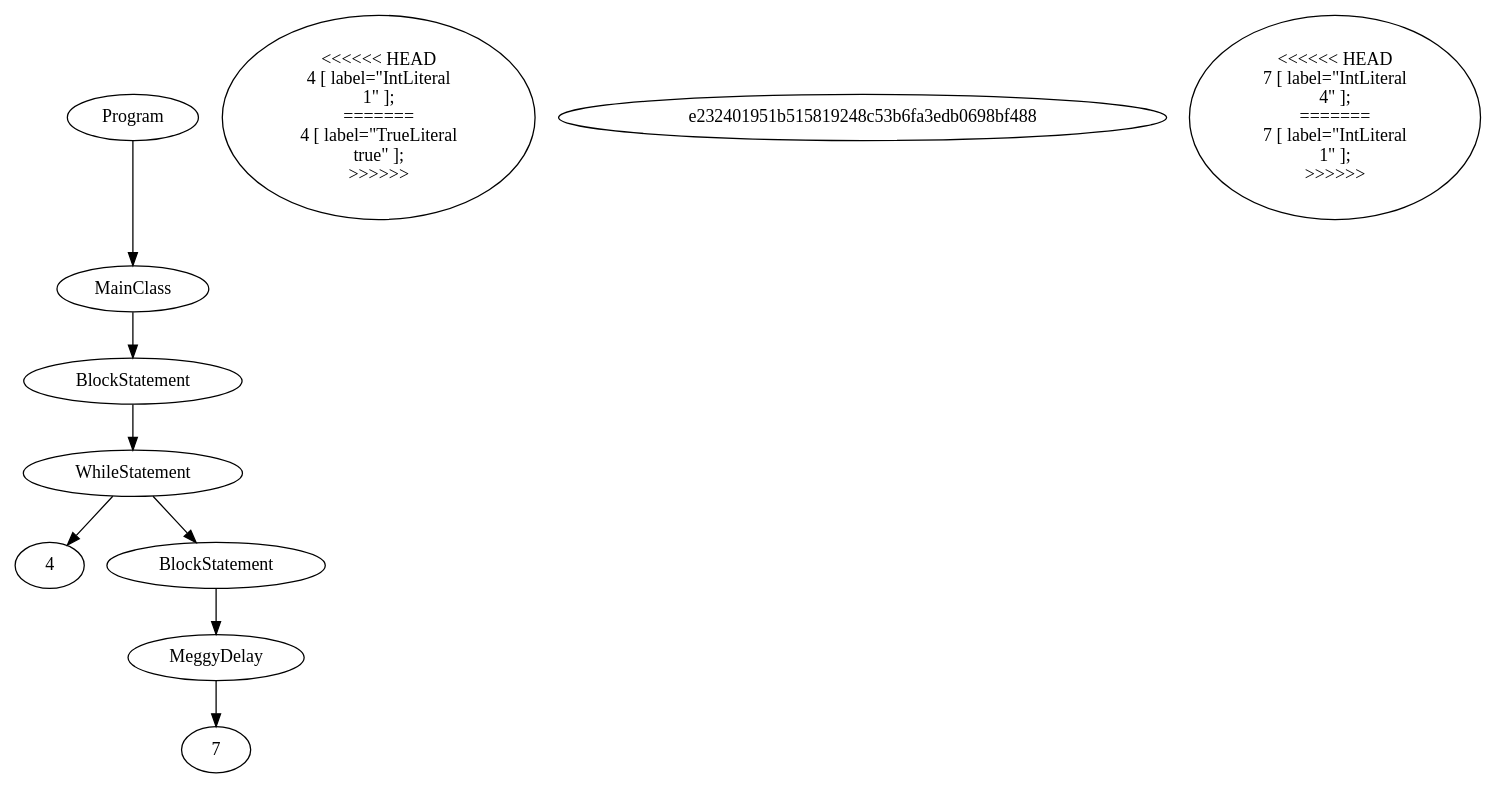
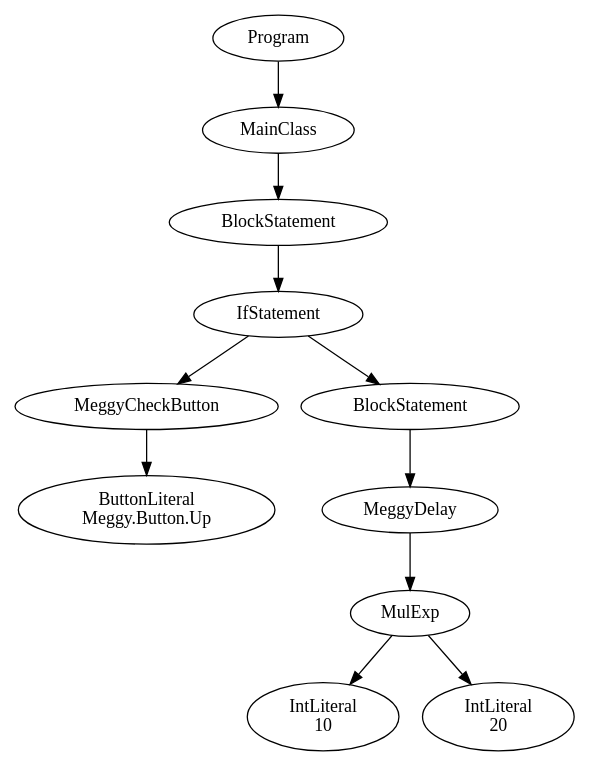
Before and after one commit to Ajith20/MeggyJava-compiler: the diagram in PA3/PA3Test1.java.ast.dot, drawn with Graphviz. The commit also changed 23 other files, not shown here.

```diff
--- a/PA3/PA3Test1.java.ast.dot
+++ b/PA3/PA3Test1.java.ast.dot
@@ -1,25 +1,23 @@
 digraph ASTGraph {
 0 [ label="Program" ];
 1 [ label="MainClass" ];
 0 -> 1
 2 [ label="BlockStatement" ];
 1 -> 2
-3 [ label="WhileStatement" ];
+3 [ label="IfStatement" ];
 2 -> 3
-<<<<<<< HEAD
-4 [ label="IntLiteral\n1" ];
-=======
-4 [ label="TrueLiteral\ntrue" ];
->>>>>>> e232401951b515819248c53b6fa3edb0698bf488
+4 [ label="MeggyCheckButton" ];
 3 -> 4
-5 [ label="BlockStatement" ];
-3 -> 5
-6 [ label="MeggyDelay" ];
-5 -> 6
-<<<<<<< HEAD
-7 [ label="IntLiteral\n4" ];
-=======
-7 [ label="IntLiteral\n1" ];
->>>>>>> e232401951b515819248c53b6fa3edb0698bf488
+5 [ label="ButtonLiteral\nMeggy.Button.Up" ];
+4 -> 5
+6 [ label="BlockStatement" ];
+3 -> 6
+7 [ label="MeggyDelay" ];
 6 -> 7
+8 [ label="MulExp" ];
+7 -> 8
+9 [ label="IntLiteral\n10" ];
+8 -> 9
+10 [ label="IntLiteral\n20" ];
+8 -> 10
 }
```
